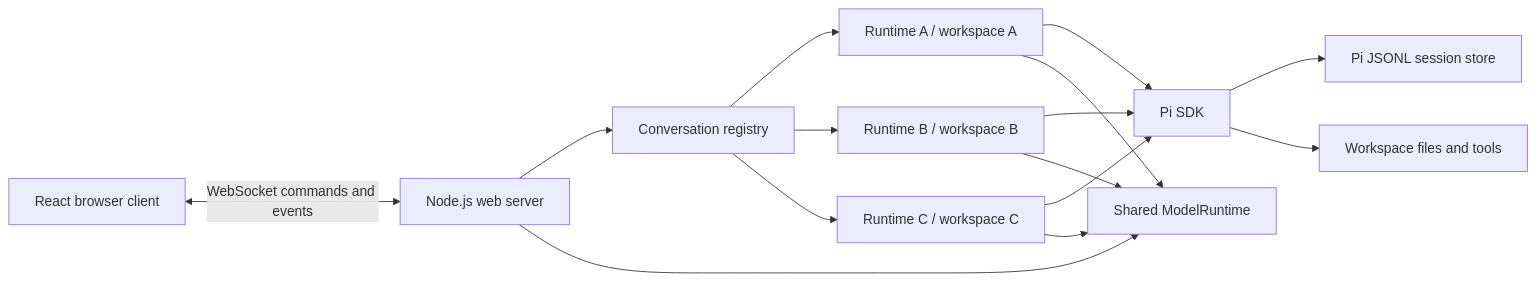
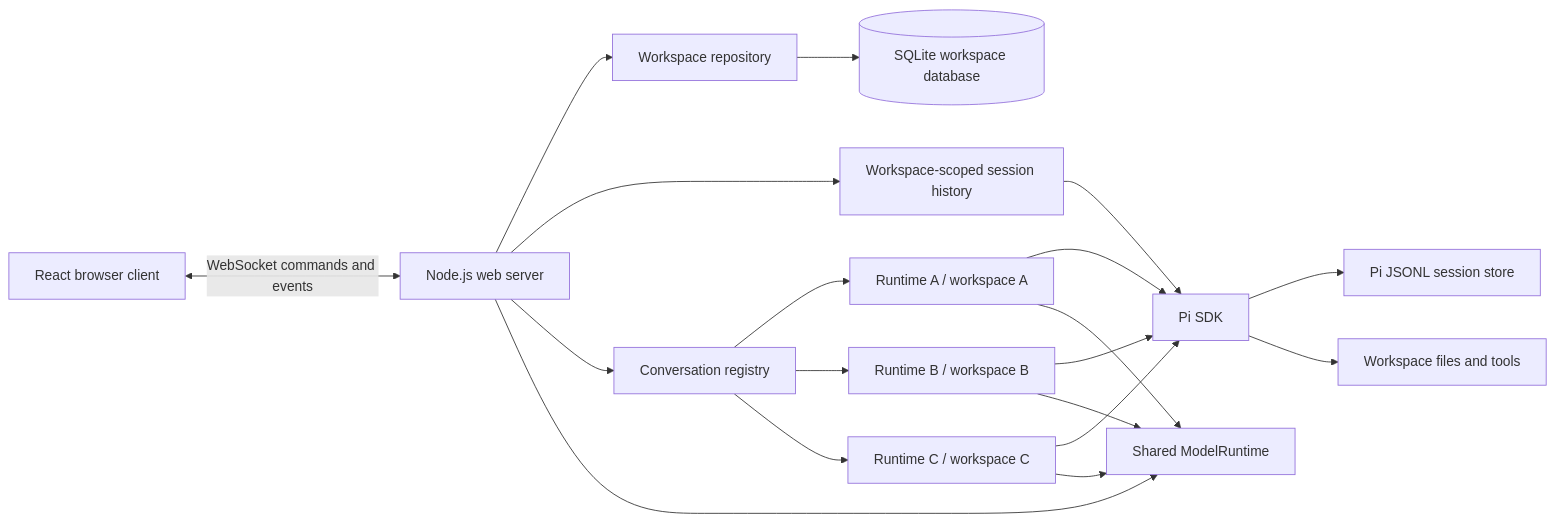
One commit to awithy/chatwca changed the first of 3 diagrams in docs/design.md. Above: the diagram before and after it, drawn with Mermaid. The commit also changed other lines of this file and 1 other file, not shown here.

````diff
--- a/docs/design.md
+++ b/docs/design.md
@@ -79,17 +87,21 @@
 ```mermaid
 flowchart LR
     B[React browser client] <-->|WebSocket commands and events| W[Node.js web server]
+    W --> WR[Workspace repository]
+    WR --> DB[(SQLite workspace database)]
+    W --> H[Workspace-scoped session history]
+    H --> P[Pi SDK]
     W --> R[Conversation registry]
     R --> A[Runtime A / workspace A]
     R --> C[Runtime B / workspace B]
     R --> D[Runtime C / workspace C]
-    A --> P[Pi SDK]
+    A --> P
     C --> P
     D --> P
     P --> S[Pi JSONL session store]
     P --> F[Workspace files and tools]
     W --> M[Shared ModelRuntime]
     A --> M
     C --> M
     D --> M
 ```
````
